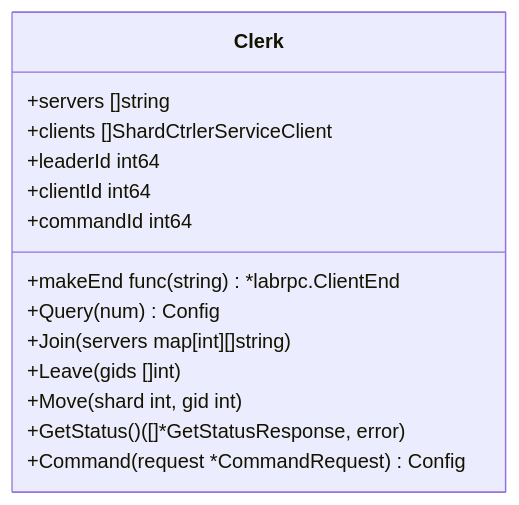
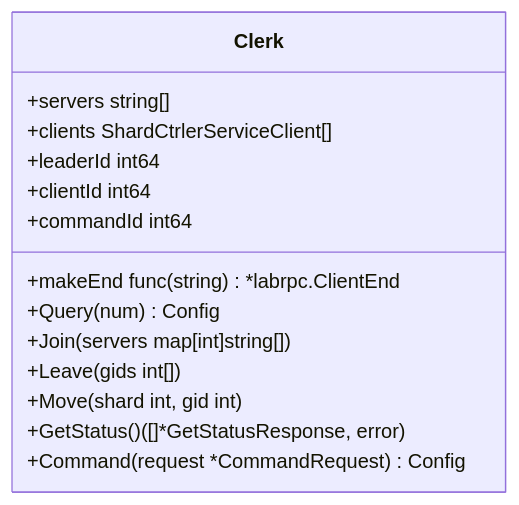
One commit to eraft-io/eraft changed the third of 8 diagrams in wiki/应用程序入口点/配置控制器客户端.md. Above: the diagram before and after it, drawn with Mermaid. The commit also changed other lines of this file and 35 other files, not shown here.

````diff
--- a/wiki/应用程序入口点/配置控制器客户端.md
+++ b/wiki/应用程序入口点/配置控制器客户端.md
@@ -124,17 +124,17 @@
 ```mermaid
 classDiagram
 class Clerk {
-+servers []string
-+clients []ShardCtrlerServiceClient
++servers string[]
++clients ShardCtrlerServiceClient[]
 +leaderId int64
 +clientId int64
 +commandId int64
 +makeEnd func(string) *labrpc.ClientEnd
 +Query(num) Config
-+Join(servers map[int][]string)
-+Leave(gids []int)
++Join(servers map[int]string[])
++Leave(gids int[])
 +Move(shard int, gid int)
 +GetStatus() ([]*GetStatusResponse, error)
 +Command(request *CommandRequest) Config
 }
 ```
````
